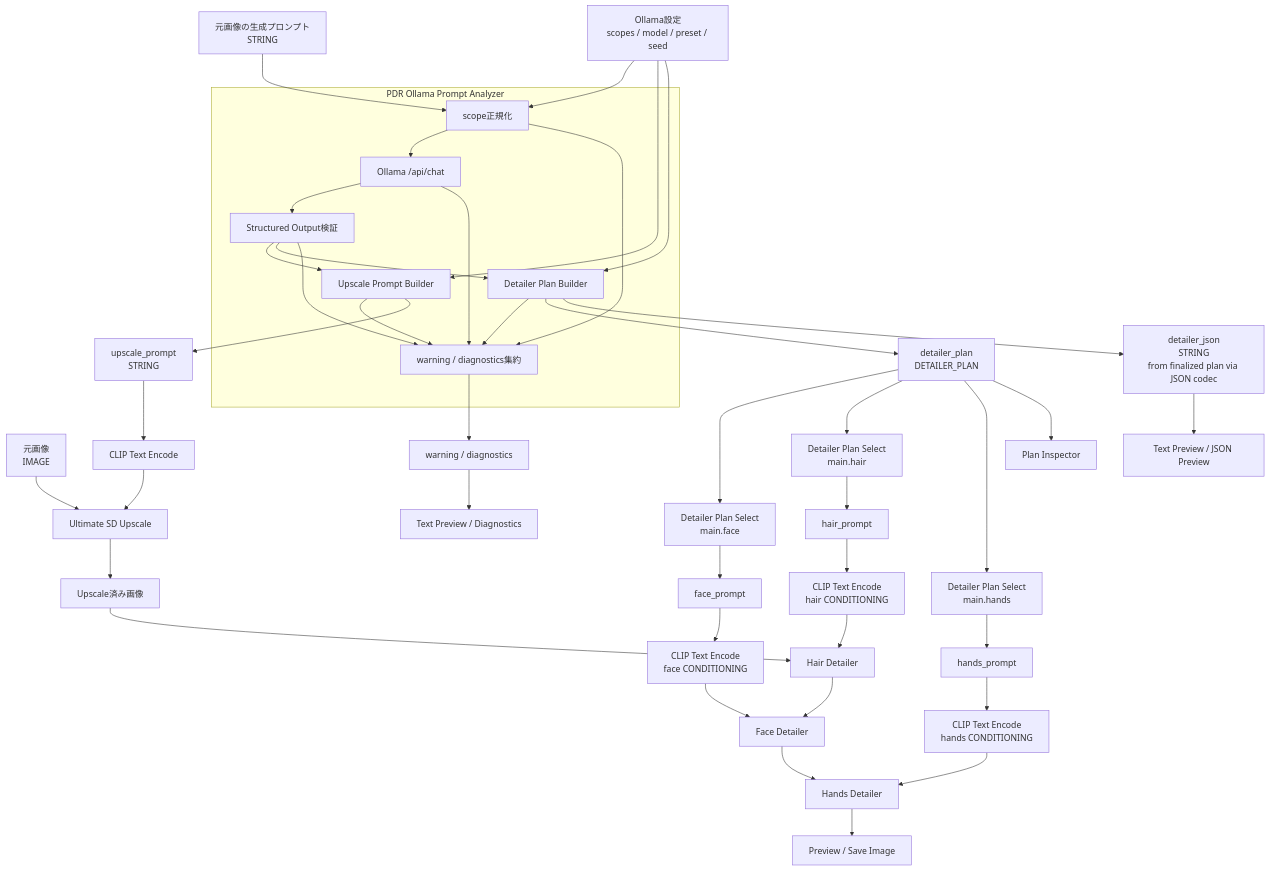
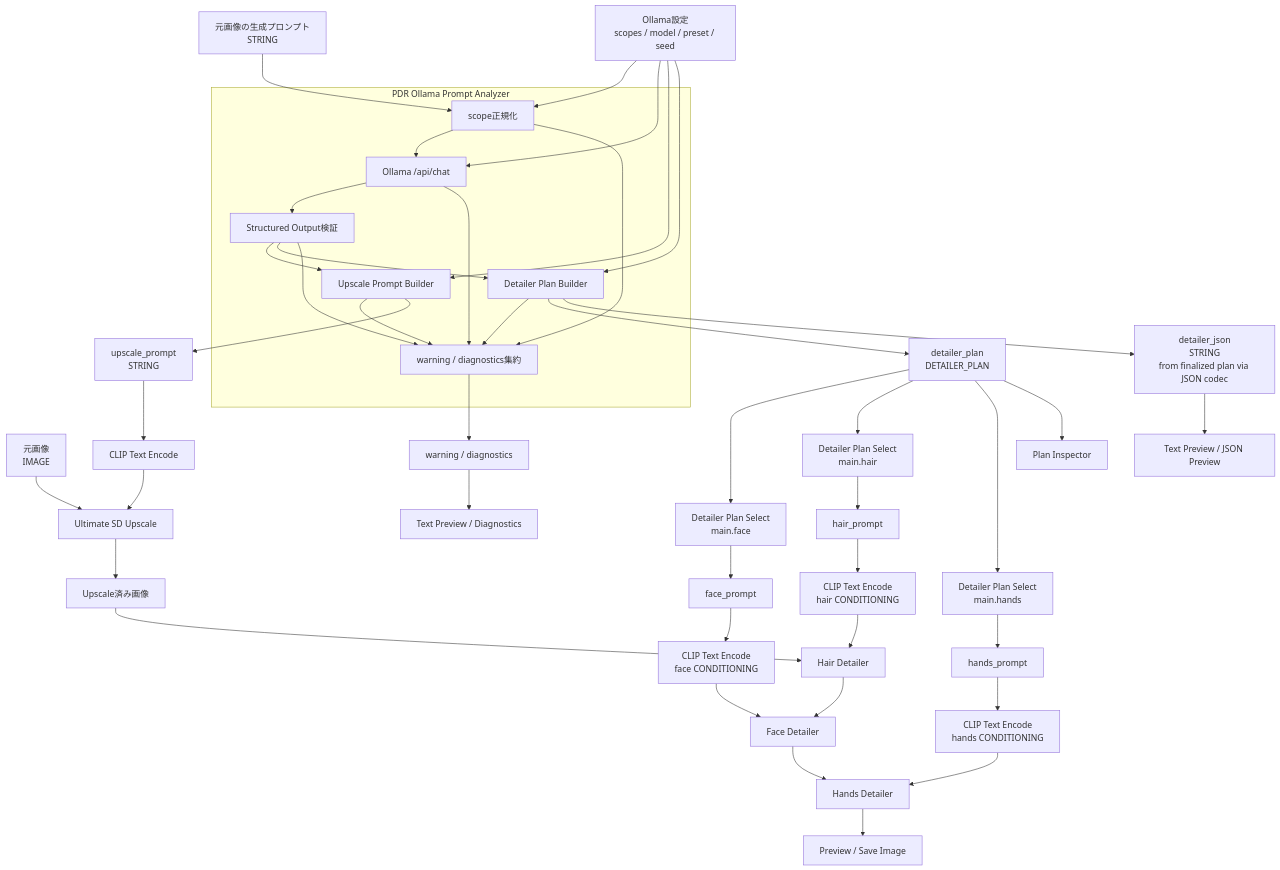
One commit to beastmaniaxxx/ComfyUI-Prompt-Detailer-Router changed the first of 3 diagrams in docs/requirements/requirements-design-reference.md. Above: the diagram before and after it, drawn with Mermaid. The commit also changed other lines of this file, not shown here.

Commit message:
docs: requirements-design-reference.mdにおけるLLM Text Processorのpreset入力とPlan Schemaの詳細を更新

````diff
--- a/docs/requirements/requirements-design-reference.md
+++ b/docs/requirements/requirements-design-reference.md
@@ -210,64 +212,65 @@
 ```mermaid
 flowchart TD
     P["元画像の生成プロンプト<br/>STRING"]
     IMG["元画像<br/>IMAGE"]
     CFG["Ollama設定<br/>scopes / model / preset / seed"]
 
     subgraph ANALYZER["PDR Ollama Prompt Analyzer"]
         SCOPE["scope正規化"]
         OLLAMA["Ollama /api/chat"]
         VALIDATE["Structured Output検証"]
         UPSCALE_BUILD["Upscale Prompt Builder"]
         PLAN_BUILD["Detailer Plan Builder"]
         WARN_COLLECT["warning / diagnostics集約"]
 
         SCOPE --> OLLAMA
         OLLAMA --> VALIDATE
         VALIDATE --> UPSCALE_BUILD
         VALIDATE --> PLAN_BUILD
         SCOPE --> WARN_COLLECT
         OLLAMA --> WARN_COLLECT
         VALIDATE --> WARN_COLLECT
         UPSCALE_BUILD --> WARN_COLLECT
         PLAN_BUILD --> WARN_COLLECT
     end
 
     P --> SCOPE
     CFG --> SCOPE
+    CFG --> OLLAMA
     CFG --> UPSCALE_BUILD
     CFG --> PLAN_BUILD
 
     UPSCALE_BUILD --> UP["upscale_prompt<br/>STRING"]
     PLAN_BUILD --> PLAN["detailer_plan<br/>DETAILER_PLAN"]
     PLAN_BUILD --> JSON["detailer_json<br/>STRING<br/>from finalized plan via JSON codec"]
     WARN_COLLECT --> WARN["warning / diagnostics"]
 
     UP --> UENC["CLIP Text Encode"]
     UENC --> USD["Ultimate SD Upscale"]
     IMG --> USD
     USD --> UIMG["Upscale済み画像"]
 
     PLAN --> SF["Detailer Plan Select<br/>main.face"]
     PLAN --> SH["Detailer Plan Select<br/>main.hair"]
     PLAN --> SA["Detailer Plan Select<br/>main.hands"]
 
     SF --> FP["face_prompt"]
     SH --> HP["hair_prompt"]
     SA --> AP["hands_prompt"]
 
     HP --> HENC["CLIP Text Encode<br/>hair CONDITIONING"]
     FP --> FENC["CLIP Text Encode<br/>face CONDITIONING"]
     AP --> AENC["CLIP Text Encode<br/>hands CONDITIONING"]
 
     UIMG --> HD["Hair Detailer"]
     HENC --> HD
     HD --> FD["Face Detailer"]
     FENC --> FD
     FD --> AD["Hands Detailer"]
     AENC --> AD
     AD --> OUT["Preview / Save Image"]
 
     PLAN --> INSPECT["Plan Inspector"]
     JSON --> JSONVIEW["Text Preview / JSON Preview"]
     WARN --> WARNVIEW["Text Preview / Diagnostics"]
 ```
````
